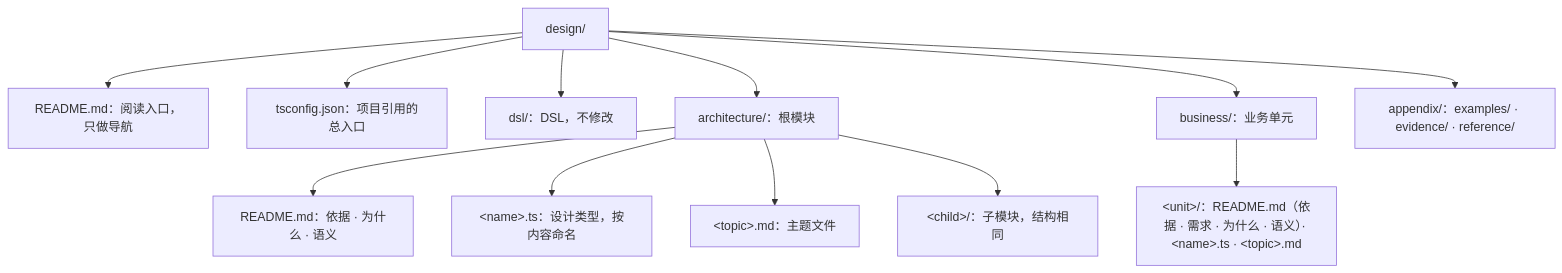
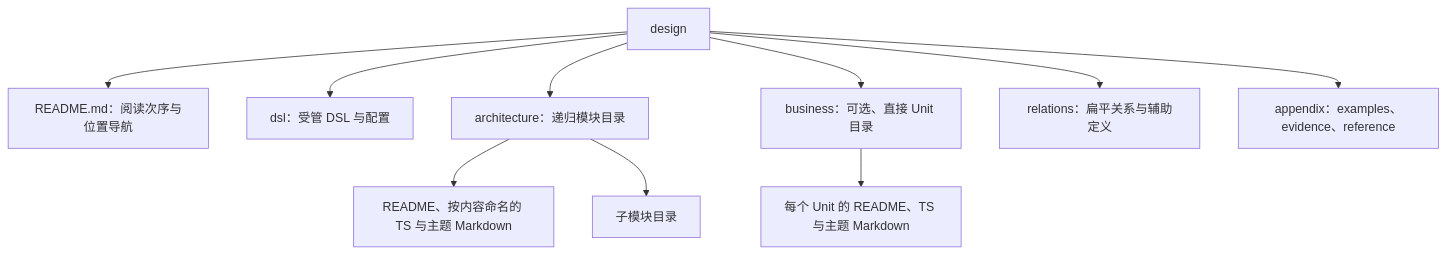
One commit to mouriya-s-lab/SSoT changed the second of 2 diagrams in skills/software-design/SKILL.md. Above: the diagram before and after it, drawn with Mermaid. The commit also changed other lines of this file and 30 other files, not shown here.

Commit message:
Implement native design checking and ephemeral Graph skills

````diff
--- a/skills/software-design/SKILL.md
+++ b/skills/software-design/SKILL.md
@@ -212,15 +158,12 @@
 ```mermaid
 flowchart TB
-    D["design/"]
-    D --> R["README.md：阅读入口，只做导航"]
-    D --> TS["tsconfig.json：项目引用的总入口"]
-    D --> L["dsl/：DSL，不修改"]
-    D --> A["architecture/：根模块"]
-    D --> B["business/：业务单元"]
-    D --> X["appendix/：examples/ · evidence/ · reference/"]
-    A --> AR["README.md：依据 · 为什么 · 语义"]
-    A --> AT["&lt;name&gt;.ts：设计类型，按内容命名"]
-    A --> AP["&lt;topic&gt;.md：主题文件"]
-    A --> AK["&lt;child&gt;/：子模块，结构相同"]
-    B --> BU["&lt;unit&gt;/：README.md（依据 · 需求 · 为什么 · 语义）· &lt;name&gt;.ts · &lt;topic&gt;.md"]
+    D[design] --> N[README.md：阅读次序与位置导航]
+    D --> L[dsl：受管 DSL 与配置]
+    D --> A[architecture：递归模块目录]
+    D --> B[business：可选、直接 Unit 目录]
+    D --> R[relations：扁平关系与辅助定义]
+    D --> X[appendix：examples、evidence、reference]
+    A --> AT[README、按内容命名的 TS 与主题 Markdown]
+    A --> AC[子模块目录]
+    B --> BT[每个 Unit 的 README、TS 与主题 Markdown]
 ```
````
